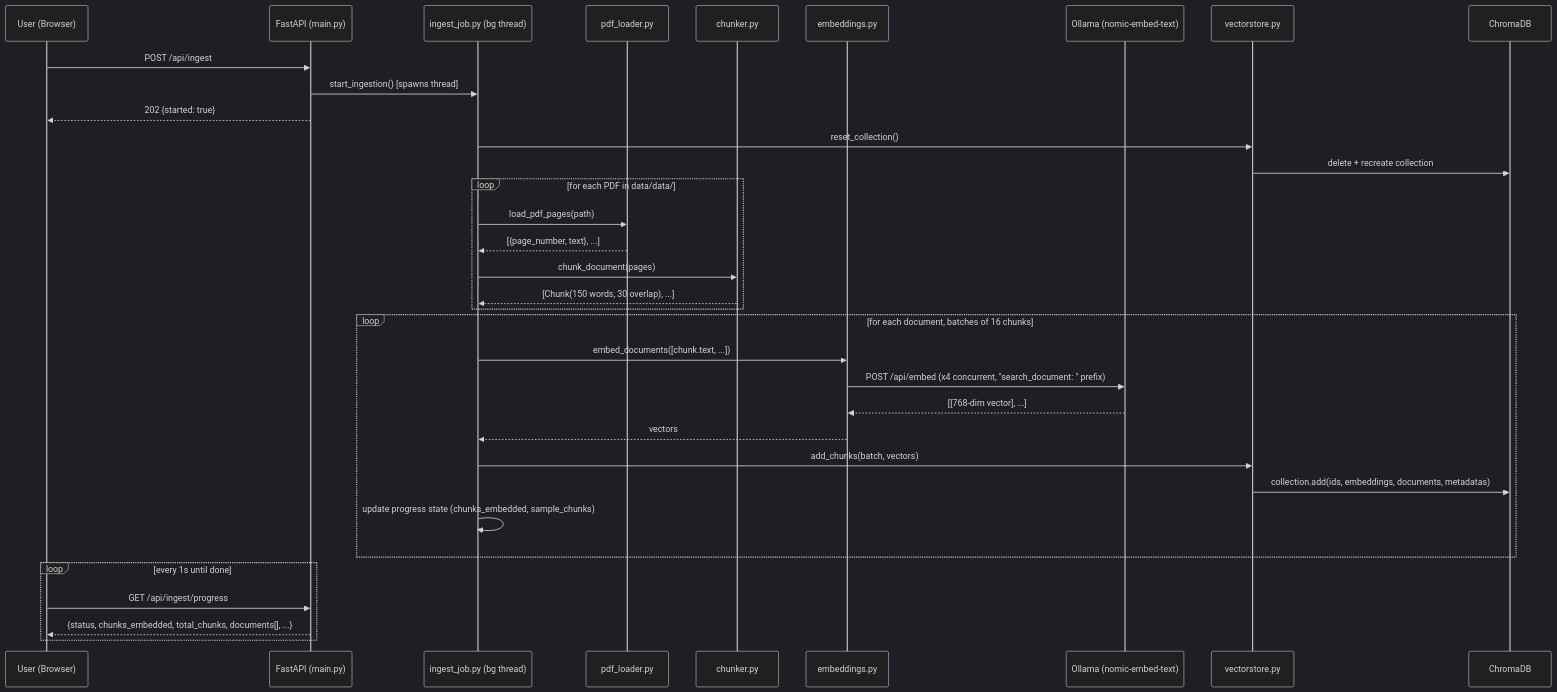
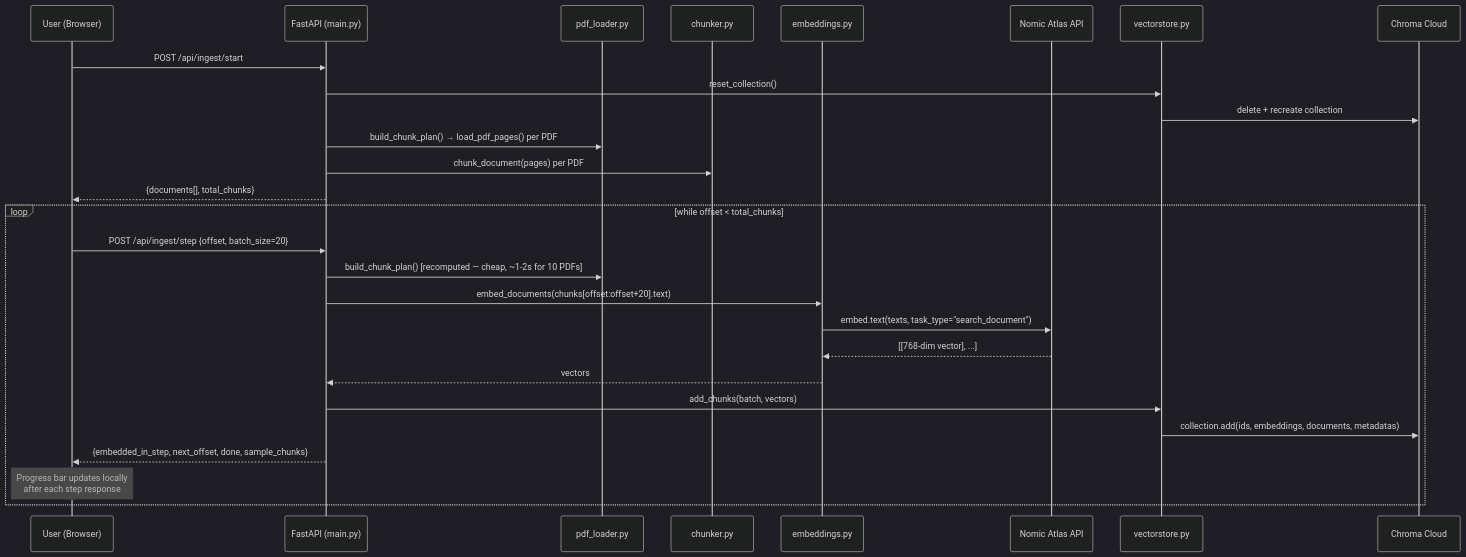
One commit to nitingawali27/rag-knowledge-explorer changed the second of 6 diagrams in Flow_Control.md. Above: the diagram before and after it, drawn with Mermaid (dark theme). The commit also changed other lines of this file and 28 other files, not shown here.

````diff
--- a/Flow_Control.md
+++ b/Flow_Control.md
@@ -68,41 +72,31 @@
 ```mermaid
 sequenceDiagram
     participant U as User (Browser)
     participant API as FastAPI (main.py)
-    participant JOB as ingest_job.py (bg thread)
     participant PDF as pdf_loader.py
     participant CHK as chunker.py
     participant EMB as embeddings.py
-    participant OLL as Ollama (nomic-embed-text)
+    participant NOM as Nomic Atlas API
     participant VS as vectorstore.py
-    participant DB as ChromaDB
+    participant DB as Chroma Cloud
 
-    U->>API: POST /api/ingest
-    API->>JOB: start_ingestion() [spawns thread]
-    API-->>U: 202 {started: true}
+    U->>API: POST /api/ingest/start
+    API->>VS: reset_collection()
+    VS->>DB: delete + recreate collection
+    API->>PDF: build_chunk_plan() → load_pdf_pages() per PDF
+    API->>CHK: chunk_document(pages) per PDF
+    API-->>U: {documents[], total_chunks}
 
-    JOB->>VS: reset_collection()
-    VS->>DB: delete + recreate collection
-
-    loop for each PDF in data/data/
-        JOB->>PDF: load_pdf_pages(path)
-        PDF-->>JOB: [{page_number, text}, ...]
-        JOB->>CHK: chunk_document(pages)
-        CHK-->>JOB: [Chunk(150 words, 30 overlap), ...]
-    end
-
-    loop for each document, batches of 16 chunks
-        JOB->>EMB: embed_documents([chunk.text, ...])
-        EMB->>OLL: POST /api/embed (x4 concurrent, "search_document: " prefix)
-        OLL-->>EMB: [[768-dim vector], ...]
-        EMB-->>JOB: vectors
-        JOB->>VS: add_chunks(batch, vectors)
+    loop while offset < total_chunks
+        U->>API: POST /api/ingest/step {offset, batch_size=20}
+        API->>PDF: build_chunk_plan() [recomputed — cheap, ~1-2s for 10 PDFs]
+        API->>EMB: embed_documents(chunks[offset:offset+20].text)
+        EMB->>NOM: embed.text(texts, task_type="search_document")
+        NOM-->>EMB: [[768-dim vector], ...]
+        EMB-->>API: vectors
+        API->>VS: add_chunks(batch, vectors)
         VS->>DB: collection.add(ids, embeddings, documents, metadatas)
-        JOB->>JOB: update progress state (chunks_embedded, sample_chunks)
-    end
-
-    loop every 1s until done
-        U->>API: GET /api/ingest/progress
-        API-->>U: {status, chunks_embedded, total_chunks, documents[], ...}
+        API-->>U: {embedded_in_step, next_offset, done, sample_chunks}
+        Note over U: Progress bar updates locally<br/>after each step response
     end
 ```
````
